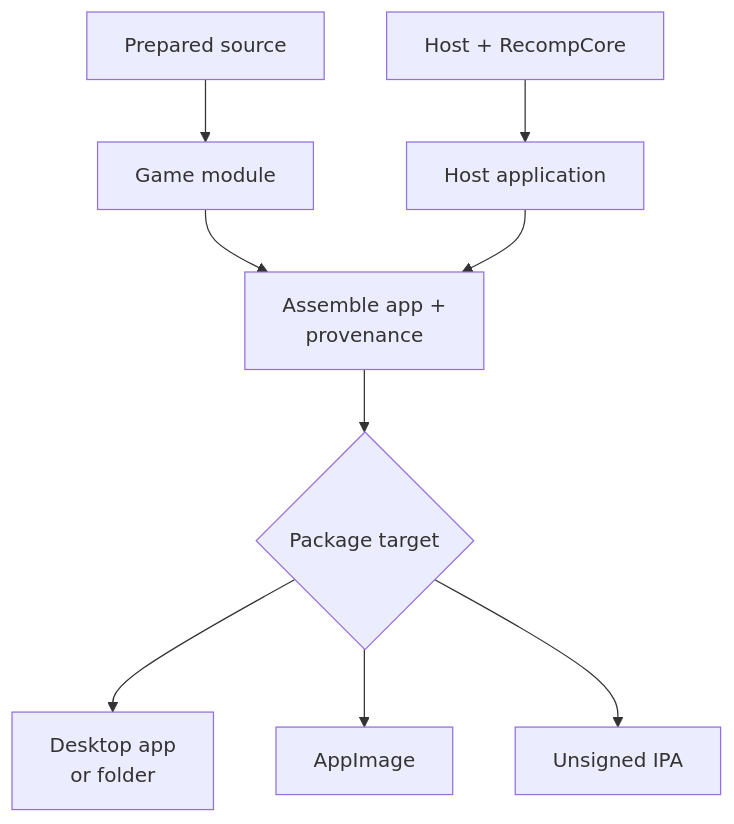
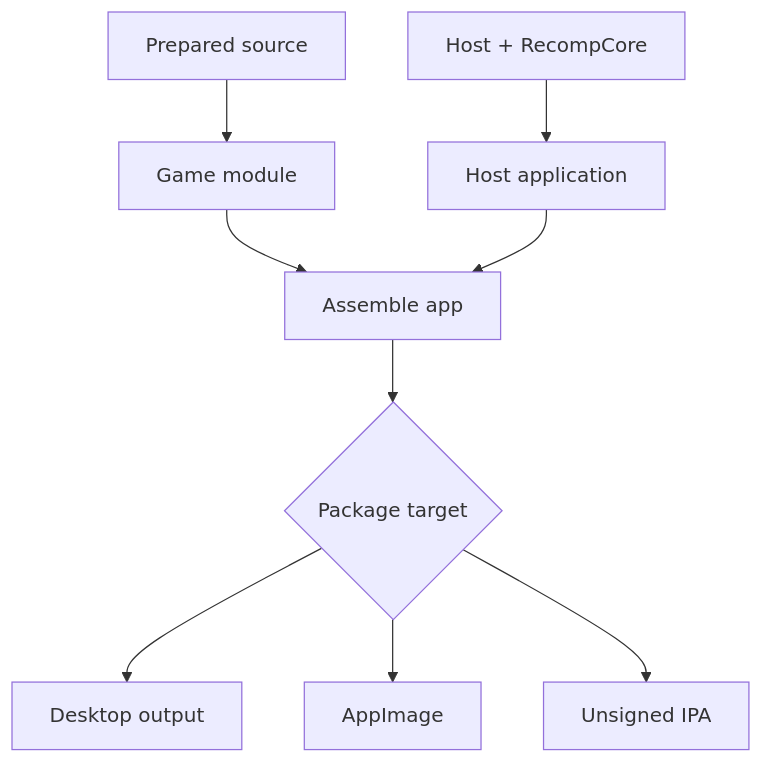
One commit to Aelbannan/boat_of_daphnes changed the tenth of 10 diagrams in docs/architecture/Build.md. Above: the diagram before and after it, drawn with Mermaid. The commit also changed other lines of this file, not shown here.

Commit message:
Simplify Build diagram labels

````diff
--- a/docs/architecture/Build.md
+++ b/docs/architecture/Build.md
@@ -554,22 +549,20 @@
 ```mermaid
 flowchart TD
     Composite["Prepared source"]
     Runtime["Host + RecompCore"]
     Module["Game module"]
     Host["Host application"]
-    Assemble["`Assemble app +
-provenance`"]
+    Assemble["Assemble app"]
     Package{"Package target"}
-    Desktop["`Desktop app
-or folder`"]
+    Desktop["Desktop output"]
     AppImage["AppImage"]
     IPA["Unsigned IPA"]
 
     Composite --> Module
     Runtime --> Host
     Module --> Assemble
     Host --> Assemble --> Package
     Package --> Desktop
     Package --> AppImage
     Package --> IPA
 ```
````
